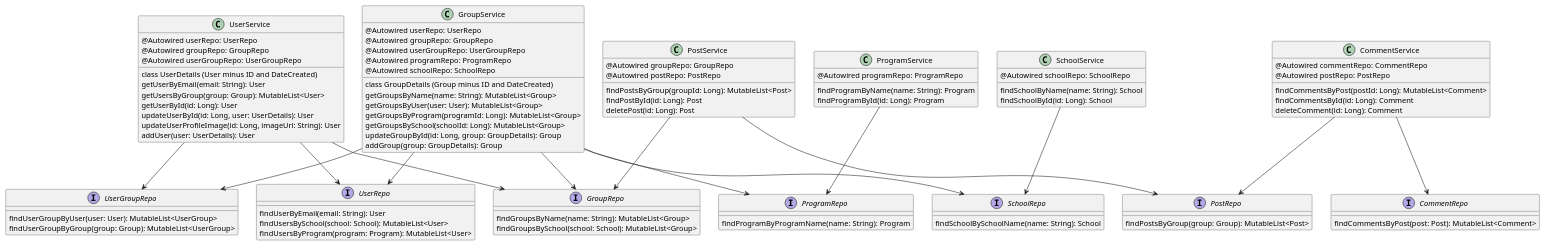
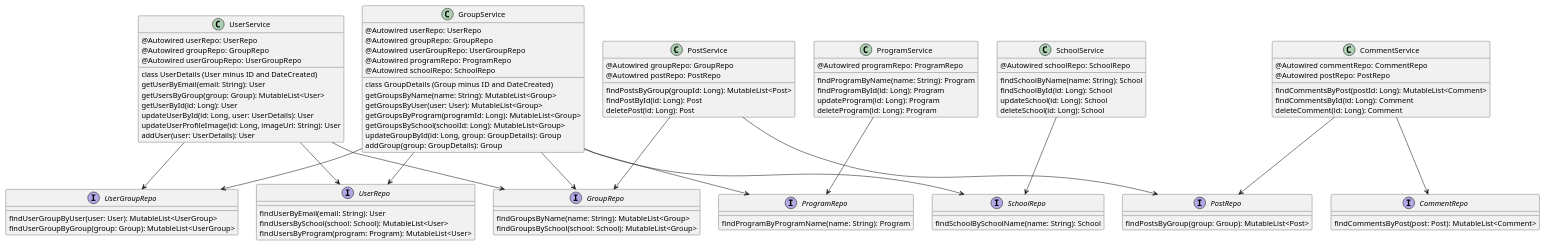
The diagram in Resources/ClassDiagram.puml (JonasBrattHansen/AtCampus), drawn with PlantUML before and after one commit. The commit also changed 2 other files, not shown here.

Commit message:
refactoring and adding update and delete to ClassDiagram.puml in SchoolService and ProgramService

```diff
--- a/Resources/ClassDiagram.puml
+++ b/Resources/ClassDiagram.puml
@@ -1,108 +1,112 @@
 @startuml
 'https://plantuml.com/class-diagram
 
 interface UserRepo{
     findUserByEmail(email: String): User
     findUsersBySchool(school: School): MutableList<User>
     findUsersByProgram(program: Program): MutableList<User>
 }
 
 interface GroupRepo{
     findGroupsByName(name: String): MutableList<Group>
     findGroupsBySchool(school: School): MutableList<Group>
 }
 
 interface UserGroupRepo{
     findUserGroupByUser(user: User): MutableList<UserGroup>
     findUserGroupByGroup(group: Group): MutableList<UserGroup>
 }
 
 interface ProgramRepo{
     findProgramByProgramName(name: String): Program
 }
 
 interface SchoolRepo{
     findSchoolBySchoolName(name: String): School
 }
 
 interface PostRepo{
     findPostsByGroup(group: Group): MutableList<Post>
 }
 
 interface CommentRepo{
     findCommentsByPost(post: Post): MutableList<Comment>
 }
 
 class UserService{
     @Autowired userRepo: UserRepo
     @Autowired groupRepo: GroupRepo
     @Autowired userGroupRepo: UserGroupRepo
     class UserDetails (User minus ID and DateCreated)
     getUserByEmail(email: String): User
     getUsersByGroup(group: Group): MutableList<User>
     getUserById(id: Long): User
     updateUserById(id: Long, user: UserDetails): User
     updateUserProfileImage(id: Long, imageUrl: String): User
     addUser(user: UserDetails): User
 }
 
 class GroupService{
     @Autowired userRepo: UserRepo
     @Autowired groupRepo: GroupRepo
     @Autowired userGroupRepo: UserGroupRepo
     @Autowired programRepo: ProgramRepo
     @Autowired schoolRepo: SchoolRepo
     class GroupDetails (Group minus ID and DateCreated)
     getGroupsByName(name: String): MutableList<Group>
     getGroupsByUser(user: User): MutableList<Group>
     getGroupsByProgram(programId: Long): MutableList<Group>
     getGroupsBySchool(schoolId: Long): MutableList<Group>
     updateGroupById(id: Long, group: GroupDetails): Group
     addGroup(group: GroupDetails): Group
 }
 
 class SchoolService{
     @Autowired schoolRepo: SchoolRepo
     findSchoolByName(name: String): School
     findSchoolById(id: Long): School
+    updateSchool(id: Long): School
+    deleteSchool(id: Long): School
 }
 
 class ProgramService{
     @Autowired programRepo: ProgramRepo
     findProgramByName(name: String): Program
     findProgramById(id: Long): Program
+    updateProgram(id: Long): Program
+    deleteProgram(id: Long): Program
 }
 
 class PostService{
     @Autowired groupRepo: GroupRepo
     @Autowired postRepo: PostRepo
     findPostsByGroup(groupId: Long): MutableList<Post>
     findPostById(id: Long): Post
     deletePost(id: Long): Post
 }
 
 class CommentService{
     @Autowired commentRepo: CommentRepo
     @Autowired postRepo: PostRepo
     findCommentsByPost(postId: Long): MutableList<Comment>
     findCommentsById(id: Long): Comment
     deleteComment(id: Long): Comment
 }
 
 
 UserService --> UserRepo
 UserService --> GroupRepo
 UserService --> UserGroupRepo
 GroupService --> UserRepo
 GroupService --> GroupRepo
 GroupService --> UserGroupRepo
 GroupService --> ProgramRepo
 GroupService --> SchoolRepo
 ProgramService --> ProgramRepo
 SchoolService --> SchoolRepo
 CommentService --> PostRepo
 CommentService --> CommentRepo
 PostService --> PostRepo
 PostService --> GroupRepo
 
 @enduml
```
